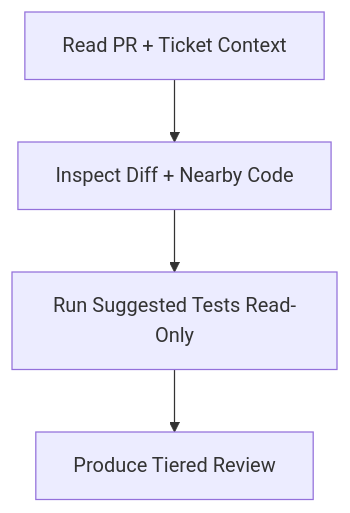
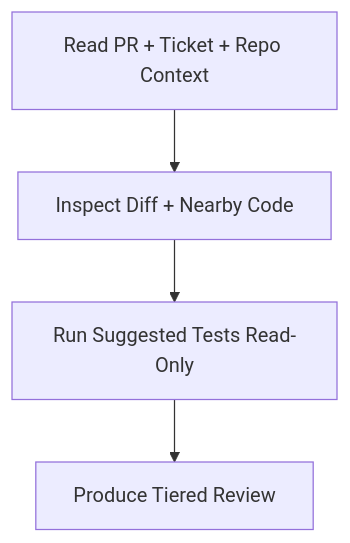
The second of 2 diagrams in skills/engineering/review/README.md (dotbrains/skills), drawn with Mermaid before and after one commit. The commit also changed other lines of this file and 3 other files, not shown here.

First line of the commit message:
feat(workon, review): gather repo context before acting

````diff
--- a/skills/engineering/review/README.md
+++ b/skills/engineering/review/README.md
@@ -21,6 +22,6 @@
 ```mermaid
 flowchart TD
-  A[Read PR + Ticket Context] --> B[Inspect Diff + Nearby Code]
+  A[Read PR + Ticket + Repo Context] --> B[Inspect Diff + Nearby Code]
   B --> C[Run Suggested Tests Read-Only]
   C --> D[Produce Tiered Review]
 ```
````
